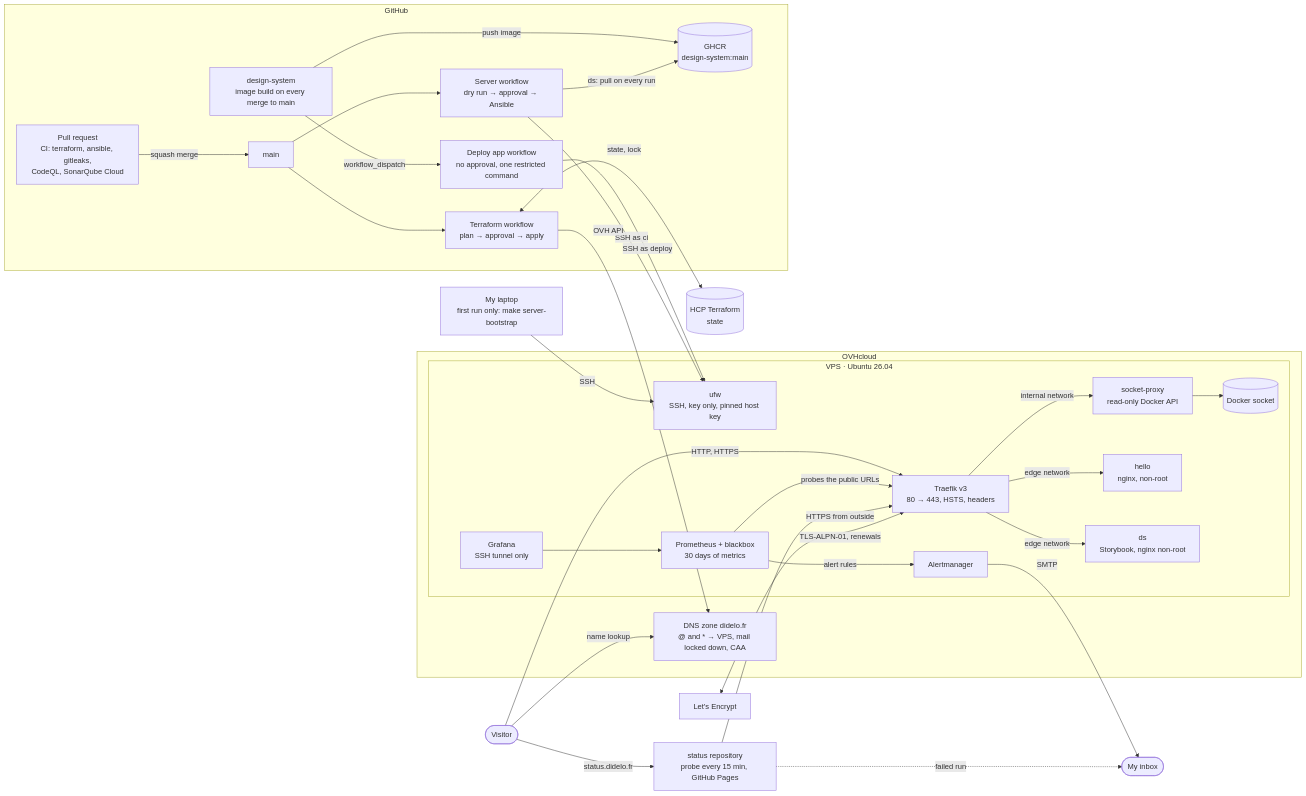
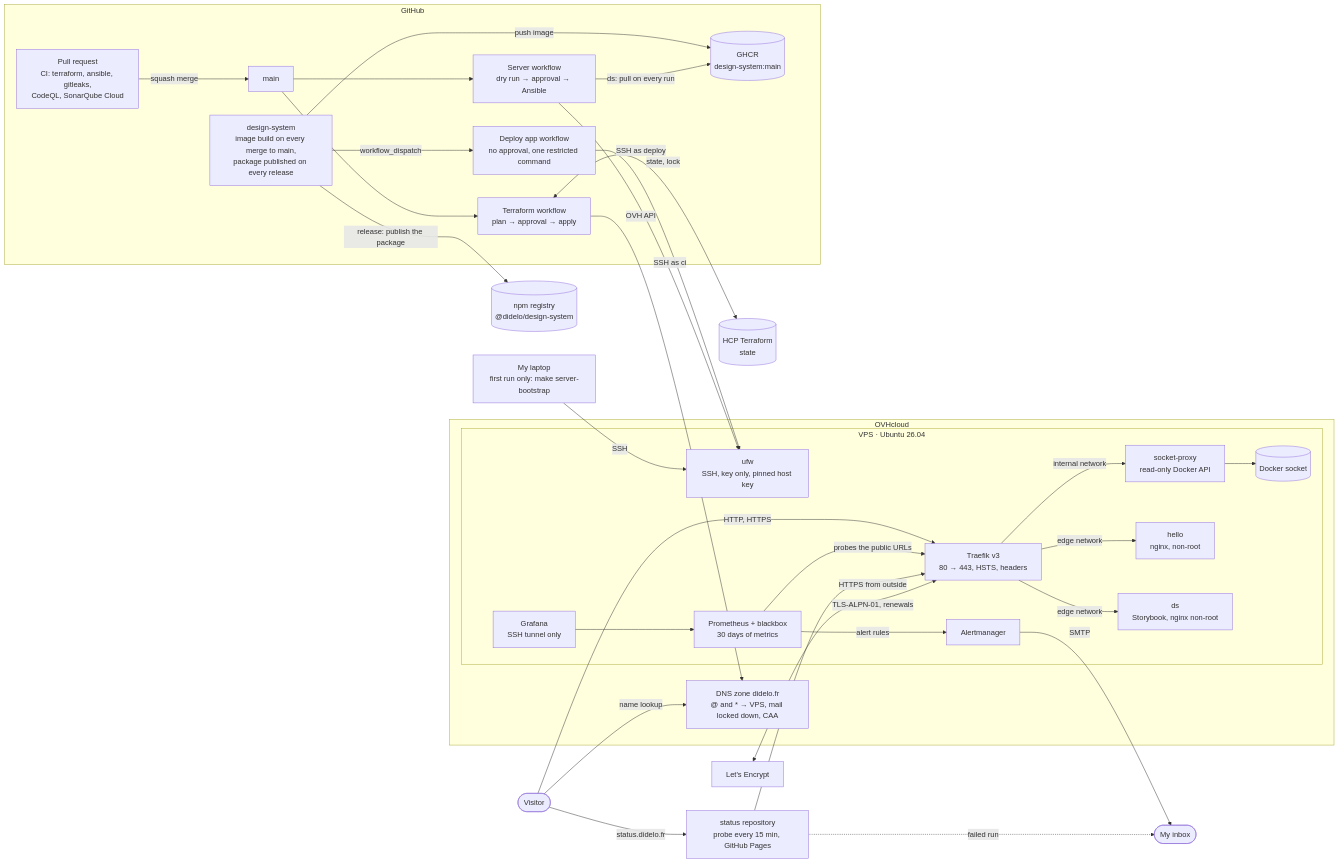
The diagram in README.md (Didelo-lilian/infra), drawn with Mermaid before and after one commit.

Commit message:
docs: show the npm package in the architecture diagram (#44)
## What

The architecture diagram shows the npm registry and the release of
design-system that publishes `@didelo/design-system` to it
(design-system#49). Nothing else changes: npm is not hosted here, so
there is nothing to deploy.

Closes #43

````diff
--- a/README.md
+++ b/README.md
@@ -26,58 +26,60 @@
 ```mermaid
 flowchart LR
   visitor([Visitor])
   laptop["My laptop<br/>first run only: make server-bootstrap"]
   le["Let's Encrypt"]
 
   subgraph ovh["OVHcloud"]
     dns["DNS zone didelo.fr<br/>@ and * → VPS, mail locked down, CAA"]
     subgraph vps["VPS · Ubuntu 26.04"]
       ufw["ufw<br/>SSH, key only, pinned host key"]
       traefik["Traefik v3<br/>80 → 443, HSTS, headers"]
       proxy["socket-proxy<br/>read-only Docker API"]
       sock[("Docker socket")]
       hello["hello<br/>nginx, non-root"]
       ds["ds<br/>Storybook, nginx non-root"]
       graf["Grafana<br/>SSH tunnel only"]
       prom["Prometheus + blackbox<br/>30 days of metrics"]
       alert["Alertmanager"]
     end
   end
 
   subgraph gh["GitHub"]
     pr["Pull request<br/>CI: terraform, ansible, gitleaks,<br/>CodeQL, SonarQube Cloud"]
     main["main"]
     tfwf["Terraform workflow<br/>plan → approval → apply"]
     srvwf["Server workflow<br/>dry run → approval → Ansible"]
     appwf["Deploy app workflow<br/>no approval, one restricted command"]
-    dsrepo["design-system<br/>image build on every merge to main"]
+    dsrepo["design-system<br/>image build on every merge to main,<br/>package published on every release"]
     ghcr[("GHCR<br/>design-system:main")]
   end
   hcp[("HCP Terraform<br/>state")]
+  npm[("npm registry<br/>@didelo/design-system")]
   statusrepo["status repository<br/>probe every 15 min, GitHub Pages"]
   inbox(["My inbox"])
 
   visitor -->|"name lookup"| dns
   visitor -->|"HTTP, HTTPS"| traefik
   traefik -->|"edge network"| hello
   traefik -->|"edge network"| ds
   graf --> prom
   prom -->|"probes the public URLs"| traefik
   prom -->|"alert rules"| alert
   alert -->|"SMTP"| inbox
   statusrepo -->|"HTTPS from outside"| traefik
   statusrepo -.->|"failed run"| inbox
   visitor -->|"status.didelo.fr"| statusrepo
   traefik -->|"internal network"| proxy --> sock
   le <-->|"TLS-ALPN-01, renewals"| traefik
   laptop -->|"SSH"| ufw
   pr -->|"squash merge"| main --> tfwf
   main --> srvwf
   dsrepo -->|"push image"| ghcr
+  dsrepo -->|"release: publish the package"| npm
   dsrepo -->|"workflow_dispatch"| appwf
   appwf -->|"SSH as deploy"| ufw
   srvwf -->|"ds: pull on every run"| ghcr
   srvwf -->|"SSH as ci"| ufw
   tfwf -->|"OVH API"| dns
   tfwf <-->|"state, lock"| hcp
 ```
````
